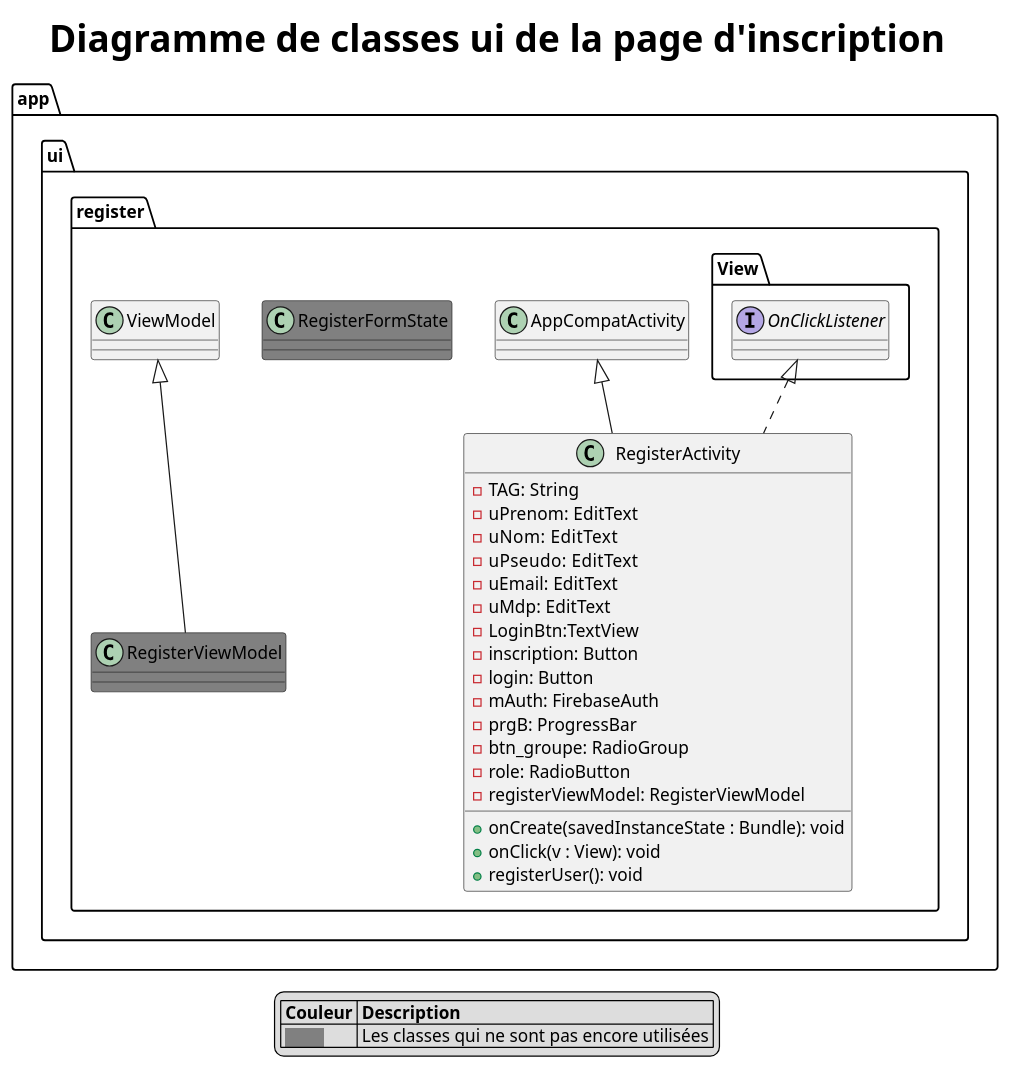
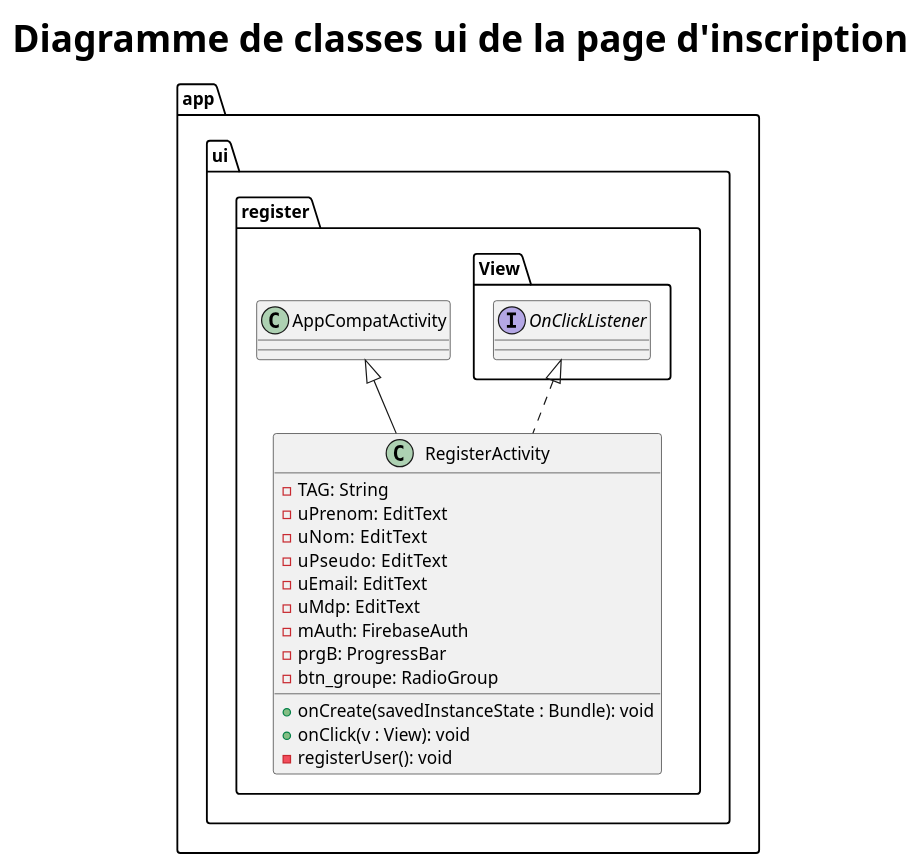
Before and after one commit to SefkanTas/Sonofy: the diagram in app/docs/asciidoc/models/modelui8.puml, drawn with PlantUML. The commit also changed 9 other files, not shown here.

```diff
--- a/app/docs/asciidoc/models/modelui8.puml
+++ b/app/docs/asciidoc/models/modelui8.puml
@@ -1,41 +1,28 @@
 @startuml modelui8
 title <size:30><b>Diagramme de classes ui de la page d'inscription</b></size>
-legend
-    |= Couleur |= Description |
-    | <size:11><back:#grey>           </back></size>| Les classes qui ne sont pas encore utilisées |
-endlegend
 
 package app{
 
   package ui{
 
         package register{
 
                 class RegisterActivity extends AppCompatActivity implements View.OnClickListener{
                         - TAG: String
                         - uPrenom: EditText
                         - uNom:  EditText
                         - uPseudo:  EditText
                         - uEmail: EditText
                         - uMdp: EditText
-                        - LoginBtn:TextView
-                        - inscription: Button
-                        - login: Button
                         - mAuth: FirebaseAuth
                         - prgB: ProgressBar
                         - btn_groupe: RadioGroup
-                        - role: RadioButton
-                        - registerViewModel: RegisterViewModel
 
                         + onCreate(savedInstanceState : Bundle): void
                         + onClick(v : View): void
-                        + registerUser(): void
+                        - registerUser(): void
                 }
-
-                  class RegisterFormState #grey{}
-
-                  class RegisterViewModel #grey extends ViewModel{}
             }
         }
   }
 @enduml
```
